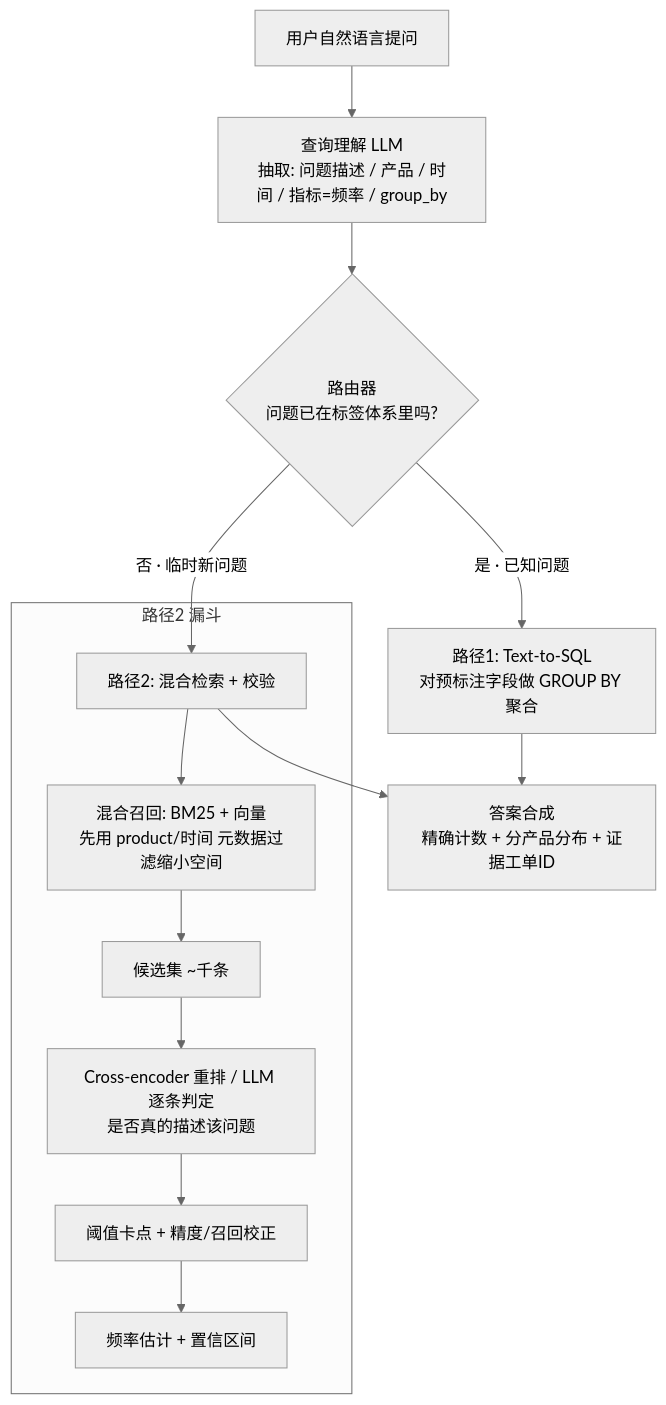
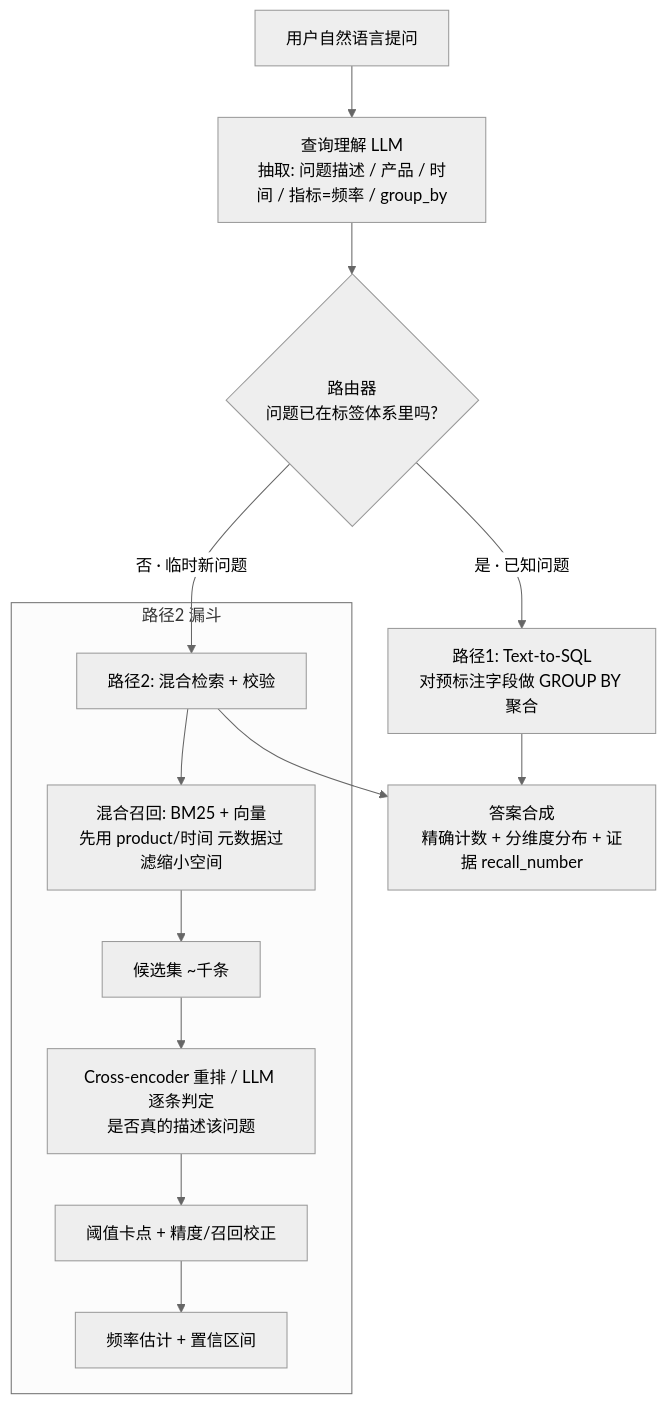
The first of 4 diagrams in 频率查询系统设计-过滤检索校验.md (Wmx-5Percent/FDAgent), drawn with Mermaid (neutral theme) before and after one commit. The commit also changed other lines of this file and 4 other files, not shown here.

````diff
--- a/频率查询系统设计-过滤检索校验.md
+++ b/频率查询系统设计-过滤检索校验.md
@@ -51,19 +51,19 @@
 ```mermaid
 flowchart TD
     Q[用户自然语言提问] --> U[查询理解 LLM<br/>抽取: 问题描述 / 产品 / 时间 / 指标=频率 / group_by]
     U --> R{路由器<br/>问题已在标签体系里吗?}
 
     R -->|是 · 已知问题| P1[路径1: Text-to-SQL<br/>对预标注字段做 GROUP BY 聚合]
     R -->|否 · 临时新问题| P2[路径2: 混合检索 + 校验]
 
-    P1 --> ANS[答案合成<br/>精确计数 + 分产品分布 + 证据工单ID]
+    P1 --> ANS[答案合成<br/>精确计数 + 分维度分布 + 证据 recall_number]
     P2 --> ANS
 
     subgraph 路径2 漏斗
         P2 --> H[混合召回: BM25 + 向量<br/>先用 product/时间 元数据过滤缩小空间]
         H --> C[候选集 ~千条]
         C --> V[Cross-encoder 重排 / LLM 逐条判定<br/>是否真的描述该问题]
         V --> T[阈值卡点 + 精度/召回校正]
         T --> EST[频率估计 + 置信区间]
     end
 ```
````
